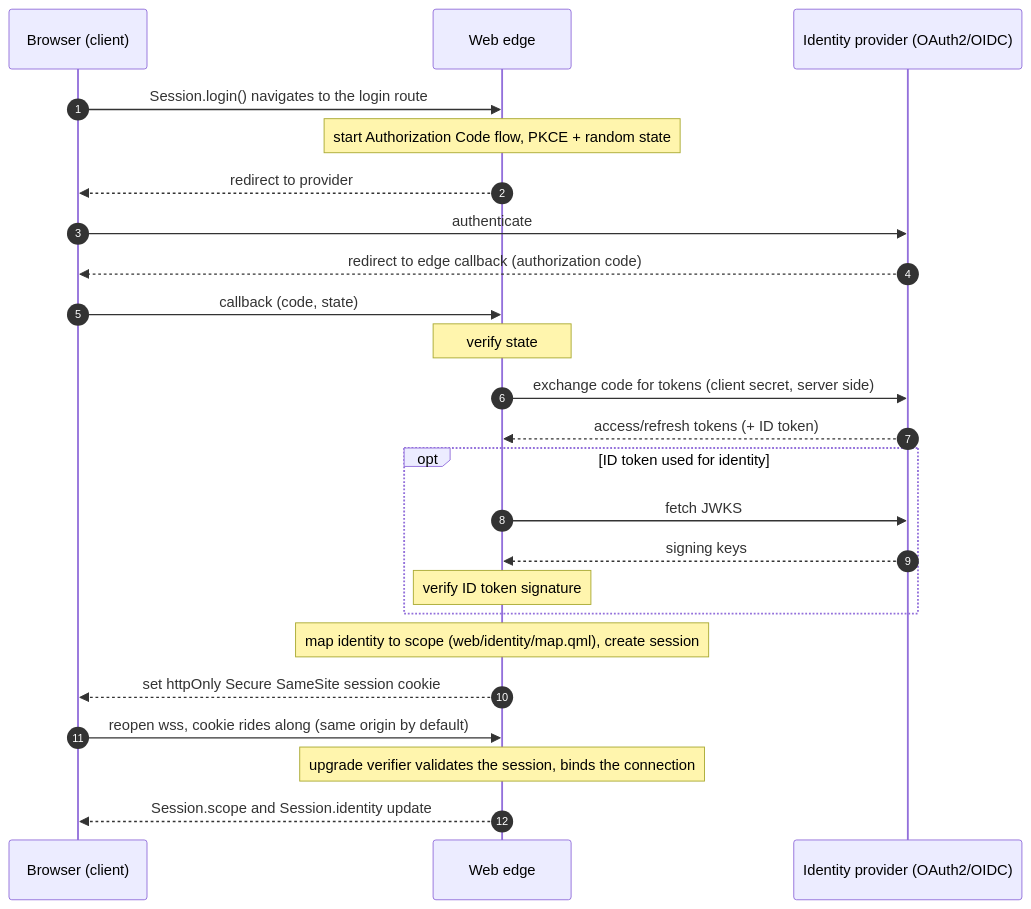
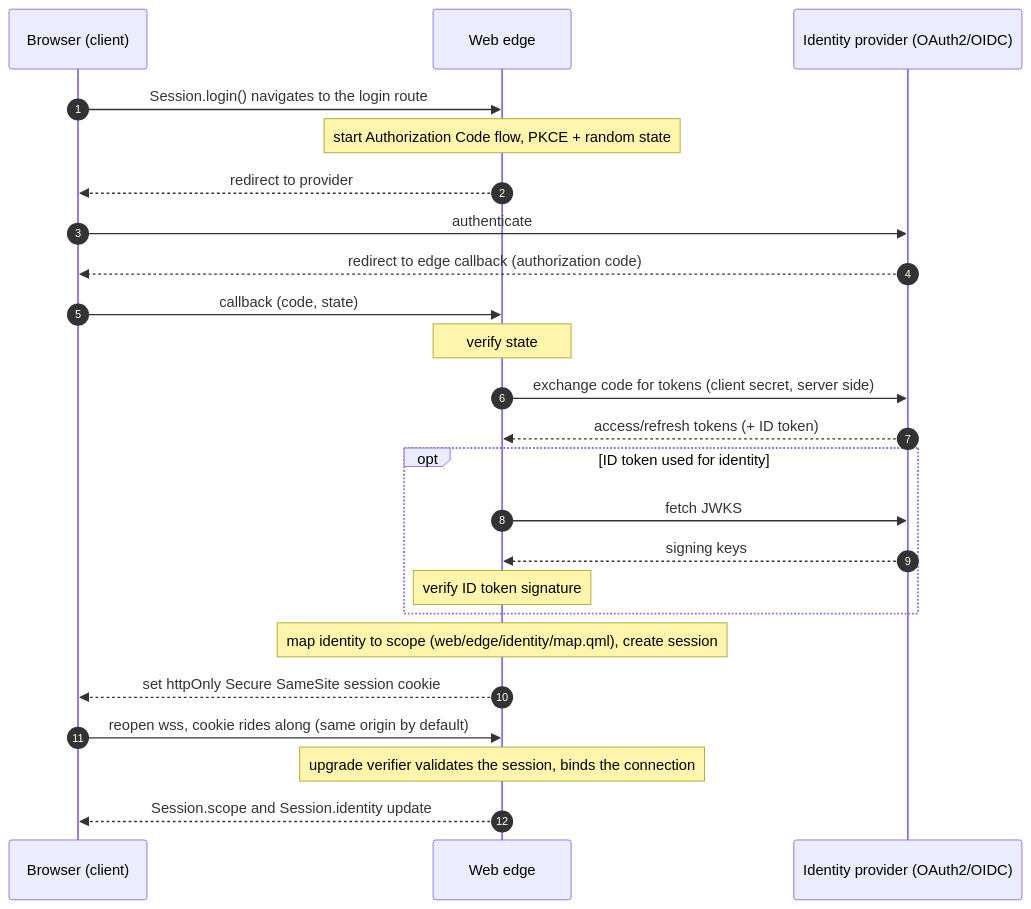
One commit to Kidev/SynQt changed the diagram in docs/authentication.md. Above: the diagram before and after it, drawn with Mermaid. The commit also changed other lines of this file and 36 other files, not shown here.

````diff
--- a/docs/authentication.md
+++ b/docs/authentication.md
@@ -112,26 +111,26 @@
 ```mermaid
 sequenceDiagram
     autonumber
     participant B as Browser (client)
     participant E as Web edge
     participant P as Identity provider (OAuth2/OIDC)
     B->>E: Session.login() navigates to the login route
     Note over E: start Authorization Code flow, PKCE + random state
     E-->>B: redirect to provider
     B->>P: authenticate
     P-->>B: redirect to edge callback (authorization code)
     B->>E: callback (code, state)
     Note over E: verify state
     E->>P: exchange code for tokens (client secret, server side)
     P-->>E: access/refresh tokens (+ ID token)
     opt ID token used for identity
         E->>P: fetch JWKS
         P-->>E: signing keys
         Note over E: verify ID token signature
     end
-    Note over E: map identity to scope (web/identity/map.qml), create session
+    Note over E: map identity to scope (web/edge/identity/map.qml), create session
     E-->>B: set httpOnly Secure SameSite session cookie
     B->>E: reopen wss, cookie rides along (same origin by default)
     Note over E: upgrade verifier validates the session, binds the connection
     E-->>B: Session.scope and Session.identity update
 ```
````
